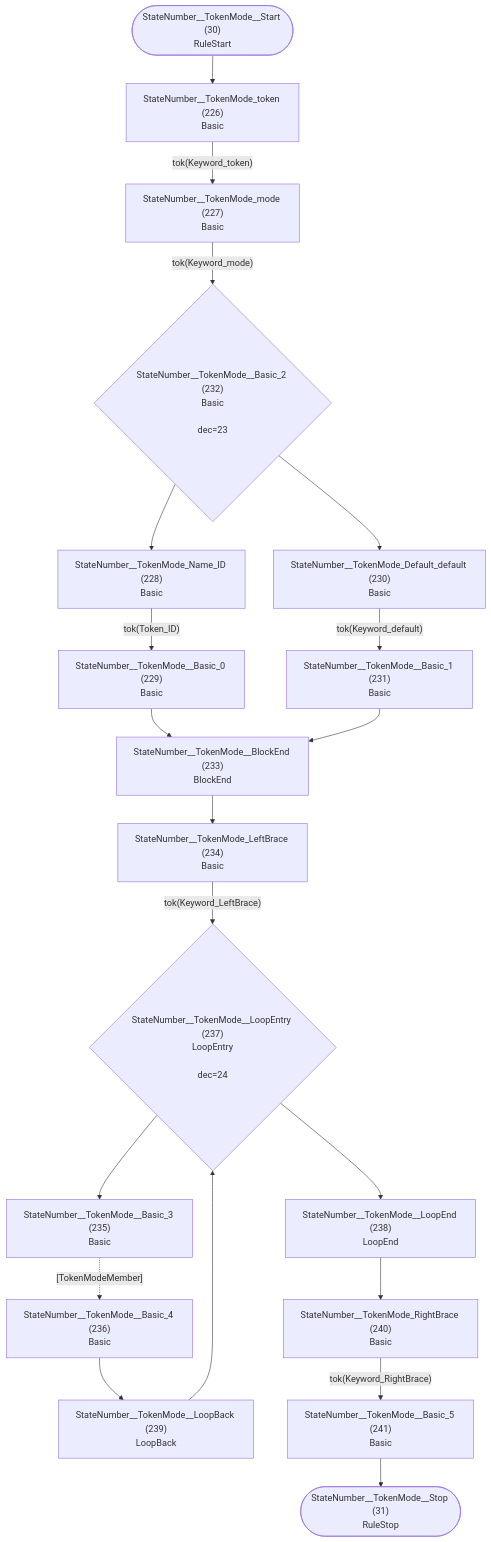
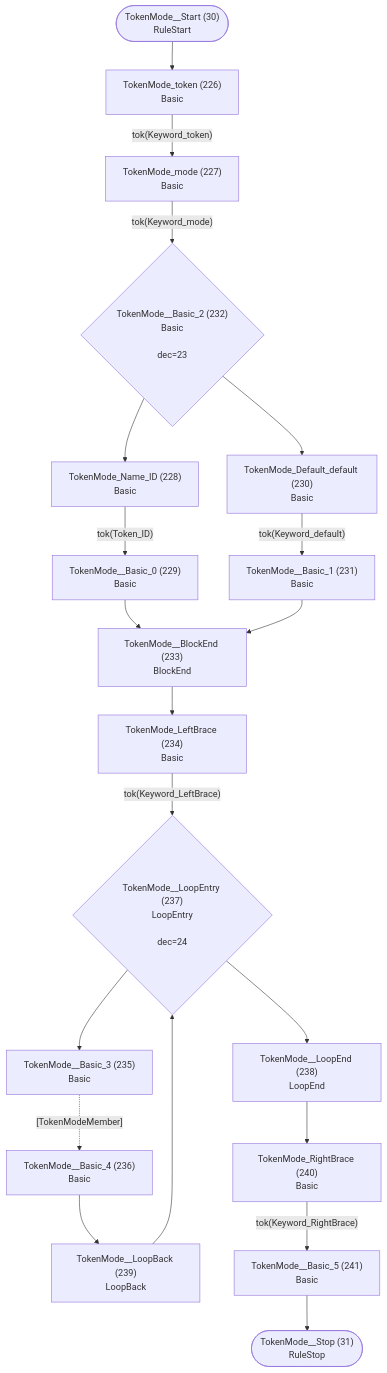
One commit to TypeFox/fastbelt changed diagram 16 of 37 in internal/grammar/atn.md. Above: the diagram before and after it, drawn with Mermaid. The commit also changed other lines of this file and 26 other files, not shown here.

````diff
--- a/internal/grammar/atn.md
+++ b/internal/grammar/atn.md
@@ -491,41 +491,41 @@
 ```mermaid
 flowchart TD
-    q30(["StateNumber__TokenMode__Start (30)<br/>RuleStart"])
-    q31(["StateNumber__TokenMode__Stop (31)<br/>RuleStop"])
-    q226["StateNumber__TokenMode_token (226)<br/>Basic<br/>"]
-    q227["StateNumber__TokenMode_mode (227)<br/>Basic<br/>"]
-    q228["StateNumber__TokenMode_Name_ID (228)<br/>Basic<br/>"]
-    q229["StateNumber__TokenMode__Basic_0 (229)<br/>Basic<br/>"]
-    q230["StateNumber__TokenMode_Default_default (230)<br/>Basic<br/>"]
-    q231["StateNumber__TokenMode__Basic_1 (231)<br/>Basic<br/>"]
-    q232{"StateNumber__TokenMode__Basic_2 (232)<br/>Basic<br/><br/>dec=23"}
-    q233["StateNumber__TokenMode__BlockEnd (233)<br/>BlockEnd<br/>"]
-    q234["StateNumber__TokenMode_LeftBrace (234)<br/>Basic<br/>"]
-    q235["StateNumber__TokenMode__Basic_3 (235)<br/>Basic<br/>"]
-    q236["StateNumber__TokenMode__Basic_4 (236)<br/>Basic<br/>"]
-    q237{"StateNumber__TokenMode__LoopEntry (237)<br/>LoopEntry<br/><br/>dec=24"}
-    q238["StateNumber__TokenMode__LoopEnd (238)<br/>LoopEnd<br/>"]
-    q239["StateNumber__TokenMode__LoopBack (239)<br/>LoopBack<br/>"]
-    q240["StateNumber__TokenMode_RightBrace (240)<br/>Basic<br/>"]
-    q241["StateNumber__TokenMode__Basic_5 (241)<br/>Basic<br/>"]
+    q30(["TokenMode__Start (30)<br/>RuleStart"])
+    q31(["TokenMode__Stop (31)<br/>RuleStop"])
+    q226["TokenMode_token (226)<br/>Basic<br/>"]
+    q227["TokenMode_mode (227)<br/>Basic<br/>"]
+    q228["TokenMode_Name_ID (228)<br/>Basic<br/>"]
+    q229["TokenMode__Basic_0 (229)<br/>Basic<br/>"]
+    q230["TokenMode_Default_default (230)<br/>Basic<br/>"]
+    q231["TokenMode__Basic_1 (231)<br/>Basic<br/>"]
+    q232{"TokenMode__Basic_2 (232)<br/>Basic<br/><br/>dec=23"}
+    q233["TokenMode__BlockEnd (233)<br/>BlockEnd<br/>"]
+    q234["TokenMode_LeftBrace (234)<br/>Basic<br/>"]
+    q235["TokenMode__Basic_3 (235)<br/>Basic<br/>"]
+    q236["TokenMode__Basic_4 (236)<br/>Basic<br/>"]
+    q237{"TokenMode__LoopEntry (237)<br/>LoopEntry<br/><br/>dec=24"}
+    q238["TokenMode__LoopEnd (238)<br/>LoopEnd<br/>"]
+    q239["TokenMode__LoopBack (239)<br/>LoopBack<br/>"]
+    q240["TokenMode_RightBrace (240)<br/>Basic<br/>"]
+    q241["TokenMode__Basic_5 (241)<br/>Basic<br/>"]
 
     q30 --> q226
     q226 -->|"tok(Keyword_token)"| q227
     q227 -->|"tok(Keyword_mode)"| q232
     q228 -->|"tok(Token_ID)"| q229
     q229 --> q233
     q230 -->|"tok(Keyword_default)"| q231
     q231 --> q233
     q232 --> q228
     q232 --> q230
     q233 --> q234
     q234 -->|"tok(Keyword_LeftBrace)"| q237
     q235 -.->|"[TokenModeMember]"| q236
     q236 --> q239
     q237 --> q235
     q237 --> q238
     q238 --> q240
     q239 --> q237
     q240 -->|"tok(Keyword_RightBrace)"| q241
     q241 --> q31
 ```
````
